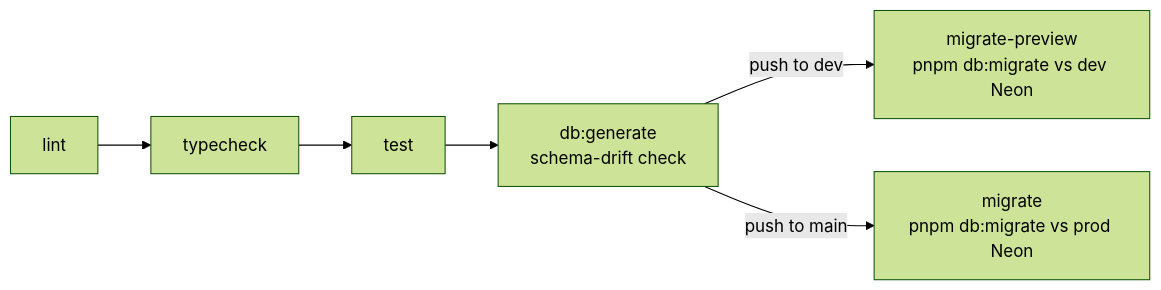
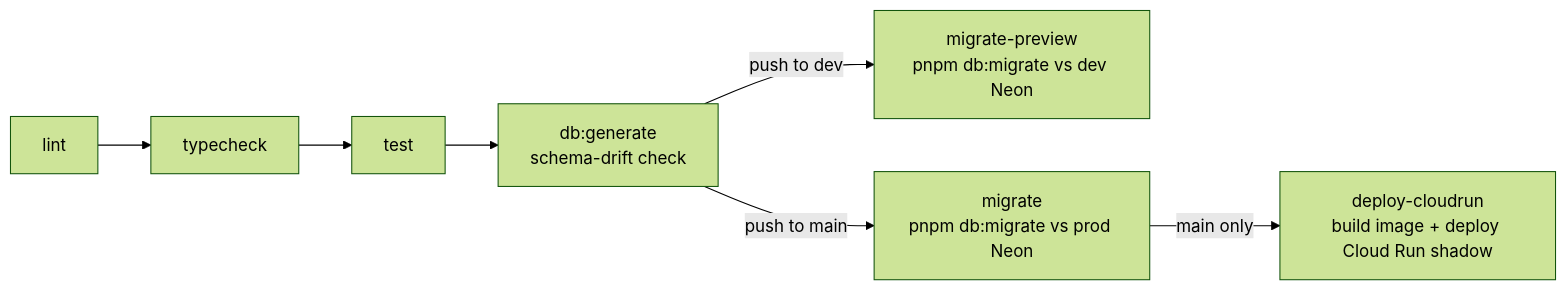
Before and after one commit to oncloudnintynineone-source/cloudy2: the first of 2 diagrams in docs/developer-guide.md, drawn with Mermaid (forest theme). The commit also changed other lines of this file and 7 other files, not shown here.

Commit message:
ci: add Cloud Run shadow deploy alongside Vercel (Dockerfile via next start, main-only deploy-cloudrun job, .npmrc/.dockerignore, dual-hosting docs §1.9.1).

````diff
--- a/docs/developer-guide.md
+++ b/docs/developer-guide.md
@@ -141,6 +141,7 @@
 ```mermaid
 flowchart LR
     A[lint] --> B[typecheck] --> C[test] --> D[db:generate<br/>schema-drift check]
     D -- "push to dev" --> E[migrate-preview<br/>pnpm db:migrate vs dev Neon]
     D -- "push to main" --> F[migrate<br/>pnpm db:migrate vs prod Neon]
+    F -- "main only" --> G[deploy-cloudrun<br/>build image + deploy Cloud Run shadow]
 ```
````
